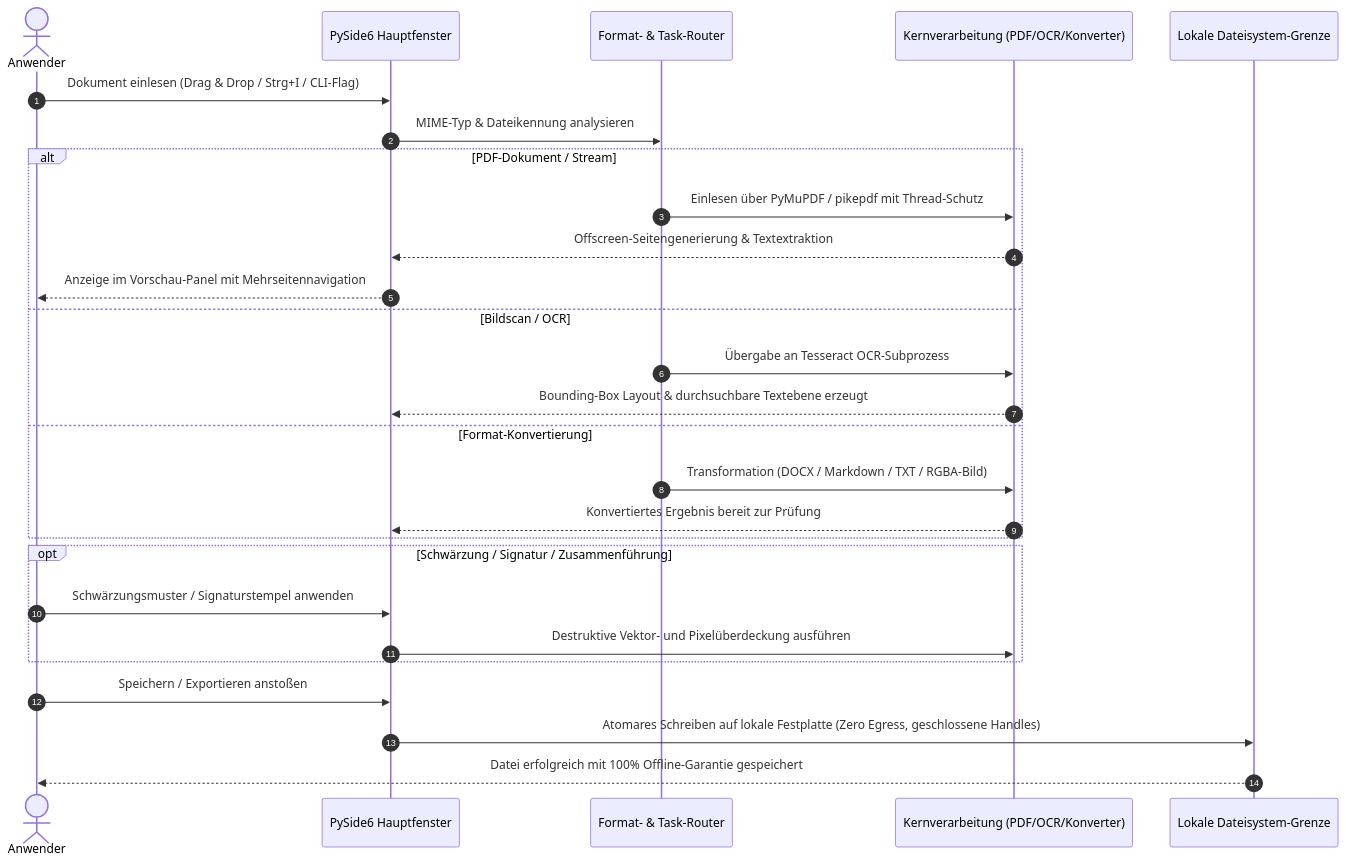
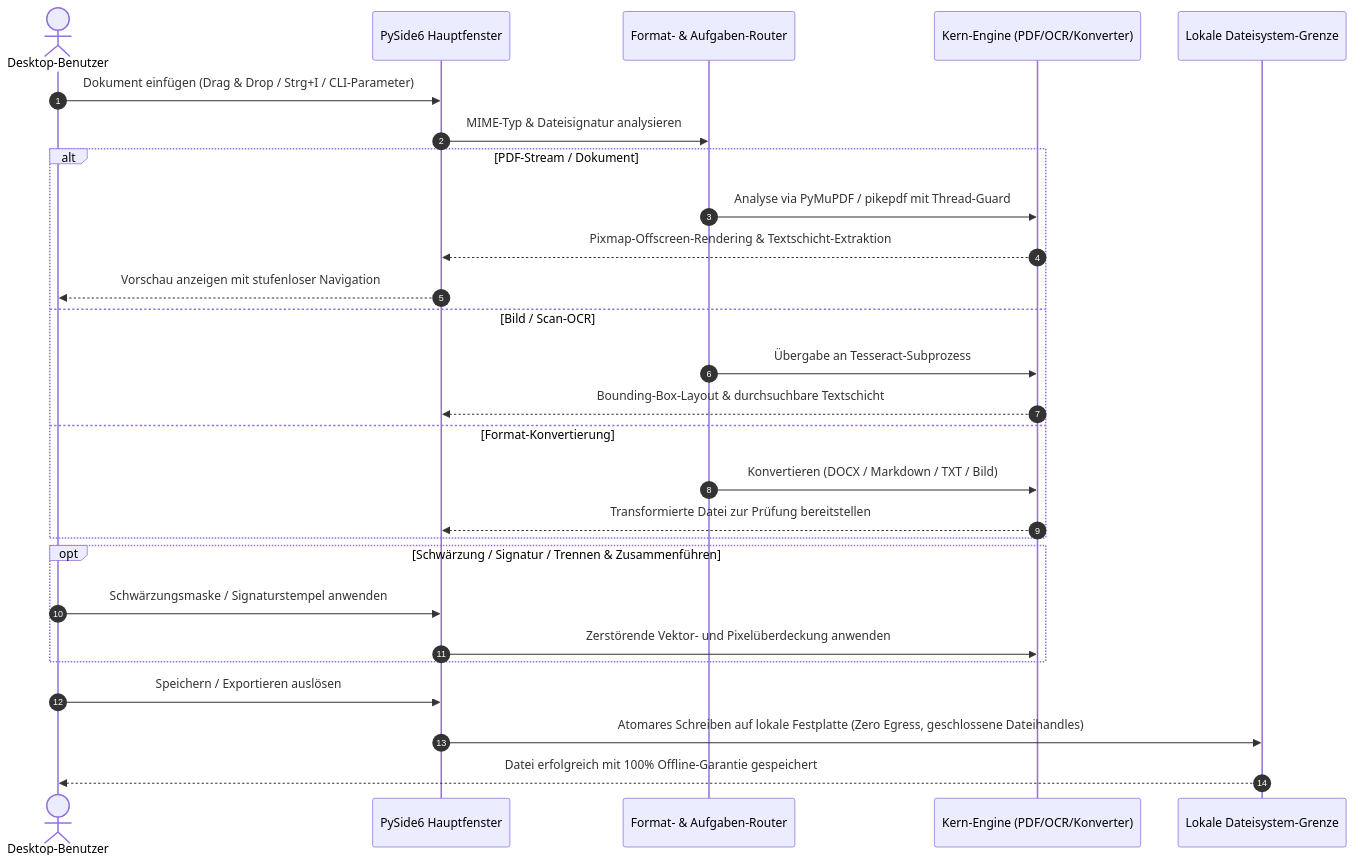
One commit to doc-bricks/DokuZen changed the second of 2 diagrams in README_de.md. Above: the diagram before and after it, drawn with Mermaid. The commit also changed other lines of this file and 9 other files, not shown here.

First line of the commit message:
feat(marketing): Pfad B discoverability, visual architecture & metadata contract

````diff
--- a/README_de.md
+++ b/README_de.md
@@ -99,32 +123,32 @@
 ```mermaid
 sequenceDiagram
     autonumber
-    actor User as Anwender
+    actor User as Desktop-Benutzer
     participant GUI as PySide6 Hauptfenster
-    participant Router as Format- & Task-Router
-    participant Engine as Kernverarbeitung (PDF/OCR/Konverter)
+    participant Router as Format- & Aufgaben-Router
+    participant Engine as Kern-Engine (PDF/OCR/Konverter)
     participant FS as Lokale Dateisystem-Grenze
 
-    User->>GUI: Dokument einlesen (Drag & Drop / Strg+I / CLI-Flag)
-    GUI->>Router: MIME-Typ & Dateikennung analysieren
-    alt PDF-Dokument / Stream
-        Router->>Engine: Einlesen über PyMuPDF / pikepdf mit Thread-Schutz
-        Engine-->>GUI: Offscreen-Seitengenerierung & Textextraktion
-        GUI-->>User: Anzeige im Vorschau-Panel mit Mehrseitennavigation
-    else Bildscan / OCR
-        Router->>Engine: Übergabe an Tesseract OCR-Subprozess
-        Engine-->>GUI: Bounding-Box Layout & durchsuchbare Textebene erzeugt
+    User->>GUI: Dokument einfügen (Drag & Drop / Strg+I / CLI-Parameter)
+    GUI->>Router: MIME-Typ & Dateisignatur analysieren
+    alt PDF-Stream / Dokument
+        Router->>Engine: Analyse via PyMuPDF / pikepdf mit Thread-Guard
+        Engine-->>GUI: Pixmap-Offscreen-Rendering & Textschicht-Extraktion
+        GUI-->>User: Vorschau anzeigen mit stufenloser Navigation
+    else Bild / Scan-OCR
+        Router->>Engine: Übergabe an Tesseract-Subprozess
+        Engine-->>GUI: Bounding-Box-Layout & durchsuchbare Textschicht
     else Format-Konvertierung
-        Router->>Engine: Transformation (DOCX / Markdown / TXT / RGBA-Bild)
-        Engine-->>GUI: Konvertiertes Ergebnis bereit zur Prüfung
+        Router->>Engine: Konvertieren (DOCX / Markdown / TXT / Bild)
+        Engine-->>GUI: Transformierte Datei zur Prüfung bereitstellen
     end
 
-    opt Schwärzung / Signatur / Zusammenführung
-        User->>GUI: Schwärzungsmuster / Signaturstempel anwenden
-        GUI->>Engine: Destruktive Vektor- und Pixelüberdeckung ausführen
+    opt Schwärzung / Signatur / Trennen & Zusammenführen
+        User->>GUI: Schwärzungsmaske / Signaturstempel anwenden
+        GUI->>Engine: Zerstörende Vektor- und Pixelüberdeckung anwenden
     end
 
-    User->>GUI: Speichern / Exportieren anstoßen
-    GUI->>FS: Atomares Schreiben auf lokale Festplatte (Zero Egress, geschlossene Handles)
+    User->>GUI: Speichern / Exportieren auslösen
+    GUI->>FS: Atomares Schreiben auf lokale Festplatte (Zero Egress, geschlossene Dateihandles)
     FS-->>User: Datei erfolgreich mit 100% Offline-Garantie gespeichert
 ```
````
